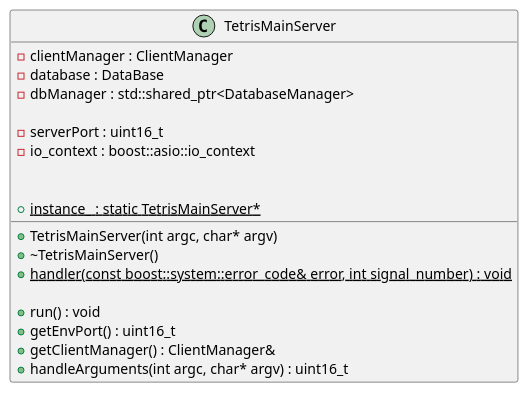
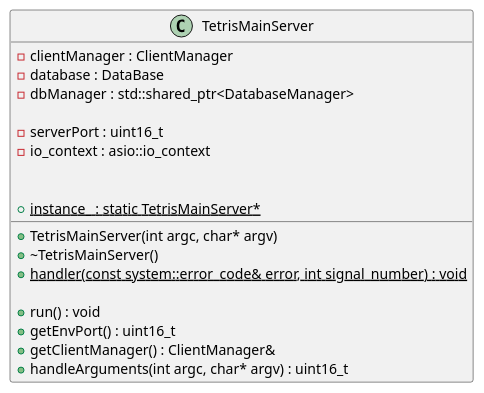
Before and after one commit to ulb-info2-group5/Royal-Blocks: the diagram in doc/uml/class/server/MainServerClass.plantuml, drawn with PlantUML. The commit also changed 26 other files, not shown here.

Commit message:
use asio instead of boost.asio and FetchContent asio

```diff
--- a/doc/uml/class/server/MainServerClass.plantuml
+++ b/doc/uml/class/server/MainServerClass.plantuml
@@ -1,24 +1,24 @@
 @startuml MainServerClass
 
 class TetrisMainServer {
 	-clientManager : ClientManager
 	-database : DataBase
 	-dbManager : std::shared_ptr<DatabaseManager>
     
 	-serverPort : uint16_t
-	-io_context : boost::asio::io_context
+	-io_context : asio::io_context
 
 	+TetrisMainServer(int argc, char* argv)
 	+~TetrisMainServer()
 
 	+{static} instance_ : static TetrisMainServer*
-	+{static} handler(const boost::system::error_code& error, int signal_number) : void
+	+{static} handler(const system::error_code& error, int signal_number) : void
 
 	+run() : void
     
 	+getEnvPort() : uint16_t
 	+getClientManager() : ClientManager&
 	+handleArguments(int argc, char* argv) : uint16_t
 }
 
 @enduml
```
